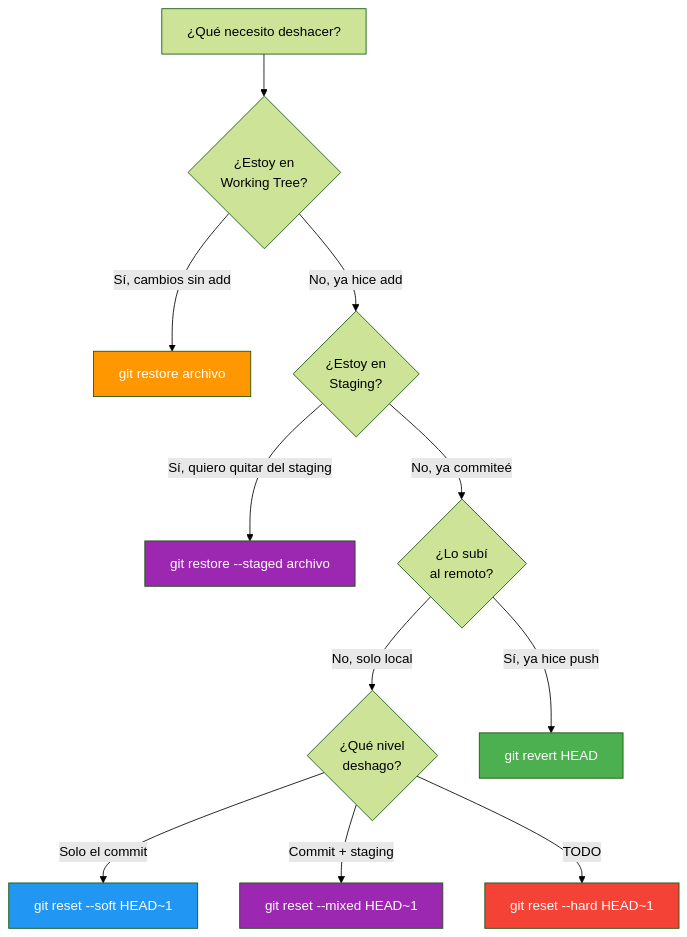
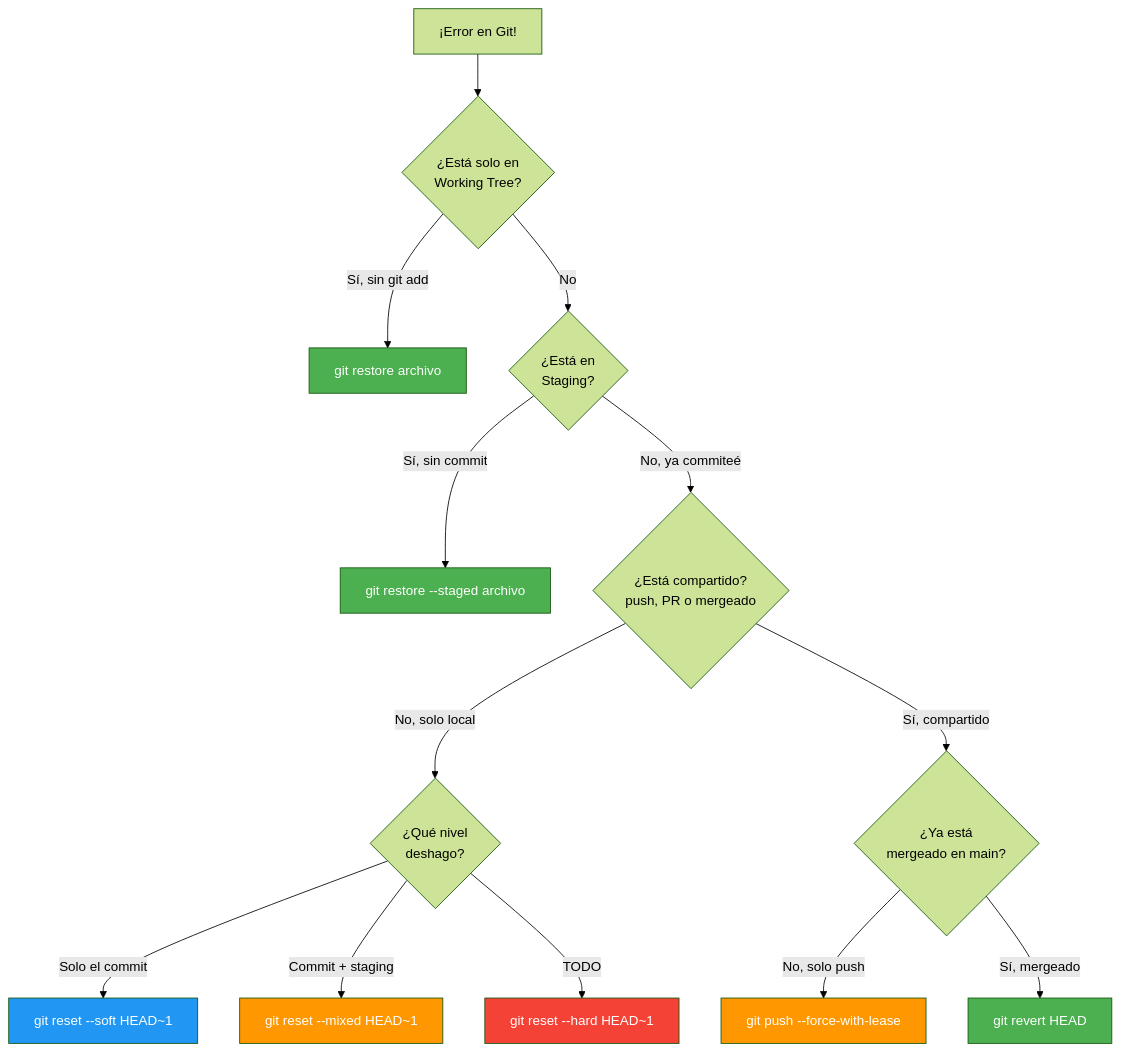
Diagram 15 of 26 in 01-git-inicial.md (joseluisgs/EntornosDesarrollo-03-2026-2027), drawn with Mermaid (forest theme) before and after one commit. The commit also changed other lines of this file and 1 other file, not shown here.

Commit message:
[docs] UD03: Guía de Emergencia completa + Diagrama de Decisión
01-git-inicial.md (sección 1.4.8):
- Diagrama de decisión reset/revert/restore ampliado (flowchart TD)
- Añadido nodo 'force-with-lease' y 'mergeado en main'
- Tabla de 7 niveles de dificultad con estrellas
- Regla de oro: quanto más tarde, más difícil

06-resumen.md (nueva sección 6.8):
- Diagrama de decisión general (flowchart TD)
- Tabla de 7 niveles de dificultad
- 9 escenarios resueltos con comandos y gitGraph:
  1. Mensaje de commit mal
  2. Commit con contenido mal
  3. Etiqueta mal creada (local)
  4. Etiqueta mal creada (remota)
  5. Trabajaste en rama equivocada
  6. Fusión por error (local)
  7. Fusión por error (remota)
  8. Push con datos equivocados
  9. PR aceptada por error
- Tabla resumen: error → comando local vs compartido
- TOC actualizado: 6.8 emergencia, 6.9 qué viene, 6.10 mapa

````diff
--- a/01-git-inicial.md
+++ b/01-git-inicial.md
@@ -725,25 +725,23 @@
 ```mermaid
-graph TD
-    INICIO[¿Qué necesito deshacer?] --> Q1{¿Estoy en<br/>Working Tree?}
-
-    Q1 -->|Sí, cambios sin add| RESTORE[git restore archivo]
-    Q1 -->|No, ya hice add| Q2{¿Estoy en<br/>Staging?}
-
-    Q2 -->|Sí, quiero quitar del staging| RESTSTAGED[git restore --staged archivo]
-    Q2 -->|No, ya commiteé| Q3{¿Lo subí<br/>al remoto?}
-
+flowchart TD
+    INICIO[¡Error en Git!] --> Q1{¿Está solo en<br/>Working Tree?}
+    Q1 -->|Sí, sin git add| RESTORE[git restore archivo]
+    Q1 -->|No| Q2{¿Está en<br/>Staging?}
+    Q2 -->|Sí, sin commit| RESTSTAGED[git restore --staged archivo]
+    Q2 -->|No, ya commiteé| Q3{¿Está compartido?<br/>push, PR o mergeado}
     Q3 -->|No, solo local| Q4{¿Qué nivel<br/>deshago?}
-
     Q4 -->|Solo el commit| SOFT[git reset --soft HEAD~1]
     Q4 -->|Commit + staging| MIXED[git reset --mixed HEAD~1]
     Q4 -->|TODO| HARD[git reset --hard HEAD~1]
+    Q3 -->|Sí, compartido| Q5{¿Ya está<br/>mergeado en main?}
+    Q5 -->|No, solo push| FORCE[git push --force-with-lease]
+    Q5 -->|Sí, mergeado| REVERT[git revert HEAD]
 
-    Q3 -->|Sí, ya hice push| REVERT[git revert HEAD]
-
-    style RESTORE fill:#FF9800,color:#fff
-    style RESTSTAGED fill:#9C27B0,color:#fff
+    style RESTORE fill:#4CAF50,color:#fff
+    style RESTSTAGED fill:#4CAF50,color:#fff
     style SOFT fill:#2196F3,color:#fff
-    style MIXED fill:#9C27B0,color:#fff
+    style MIXED fill:#FF9800,color:#fff
     style HARD fill:#f44336,color:#fff
+    style FORCE fill:#FF9800,color:#fff
     style REVERT fill:#4CAF50,color:#fff
 ```
````
